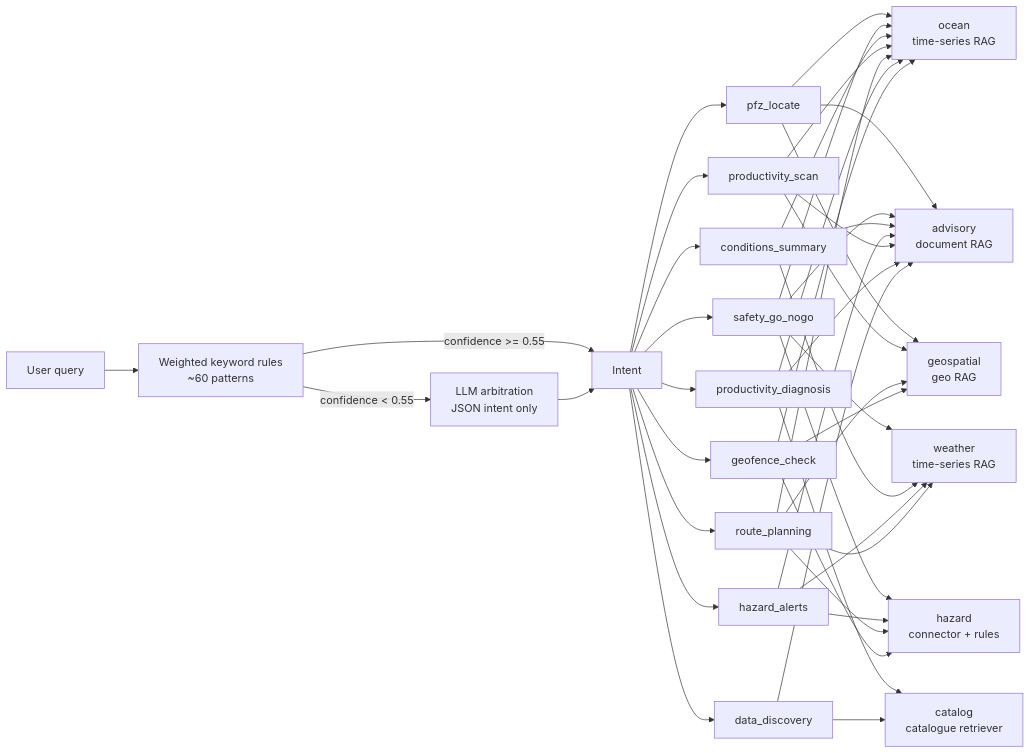
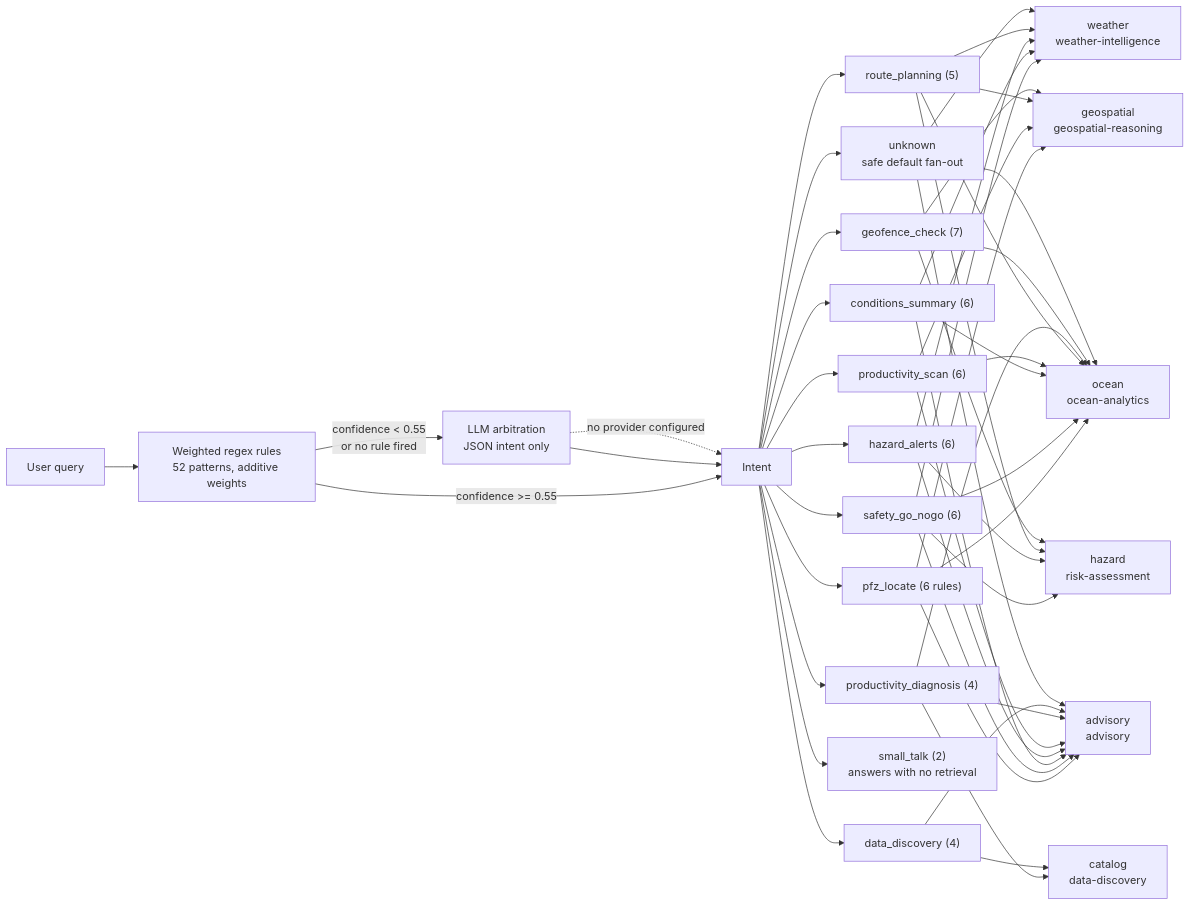
The third of 12 diagrams in docs/ARCHITECTURE.md (mithun50/ORCA), drawn with Mermaid before and after one commit. The commit also changed other lines of this file and 27 other files, not shown here.

````diff
--- a/docs/ARCHITECTURE.md
+++ b/docs/ARCHITECTURE.md
@@ -129,34 +184,38 @@
 ```mermaid
 flowchart LR
-    Q["User query"] --> LEX["Weighted keyword rules<br/>~60 patterns"]
+    Q["User query"] --> LEX["Weighted regex rules<br/>52 patterns, additive weights"]
     LEX -->|"confidence >= 0.55"| INT["Intent"]
-    LEX -->|"confidence < 0.55"| LLM["LLM arbitration<br/>JSON intent only"]
+    LEX -->|"confidence < 0.55<br/>or no rule fired"| LLM["LLM arbitration<br/>JSON intent only"]
     LLM --> INT
+    LLM -.->|"no provider configured"| INT
 
-    INT --> I1["pfz_locate"]
-    INT --> I2["safety_go_nogo"]
-    INT --> I3["conditions_summary"]
-    INT --> I4["hazard_alerts"]
-    INT --> I5["productivity_scan"]
-    INT --> I6["route_planning"]
-    INT --> I7["productivity_diagnosis"]
-    INT --> I8["geofence_check"]
-    INT --> I9["data_discovery"]
+    INT --> I1["pfz_locate (6 rules)"]
+    INT --> I2["safety_go_nogo (6)"]
+    INT --> I3["conditions_summary (6)"]
+    INT --> I4["hazard_alerts (6)"]
+    INT --> I5["productivity_scan (6)"]
+    INT --> I6["route_planning (5)"]
+    INT --> I7["productivity_diagnosis (4)"]
+    INT --> I8["geofence_check (7)"]
+    INT --> I9["data_discovery (4)"]
+    INT --> I10["small_talk (2)<br/>answers with no retrieval"]
+    INT --> I11["unknown<br/>safe default fan-out"]
 
     I1 --> D_OC & D_AD & D_GE
     I2 --> D_WE & D_OC & D_HA & D_AD
     I3 --> D_OC & D_WE & D_AD
     I4 --> D_HA & D_WE & D_AD
     I5 --> D_OC & D_GE & D_AD
     I6 --> D_WE & D_OC & D_GE & D_HA
     I7 --> D_OC & D_AD & D_CA
     I8 --> D_GE & D_HA & D_OC
     I9 --> D_CA & D_AD
+    I11 --> D_WE & D_OC & D_AD
 
-    D_OC["ocean<br/>time-series RAG"]
-    D_WE["weather<br/>time-series RAG"]
-    D_GE["geospatial<br/>geo RAG"]
-    D_HA["hazard<br/>connector + rules"]
-    D_AD["advisory<br/>document RAG"]
-    D_CA["catalog<br/>catalogue retriever"]
+    D_OC["ocean<br/>ocean-analytics"]
+    D_WE["weather<br/>weather-intelligence"]
+    D_GE["geospatial<br/>geospatial-reasoning"]
+    D_HA["hazard<br/>risk-assessment"]
+    D_AD["advisory<br/>advisory"]
+    D_CA["catalog<br/>data-discovery"]
 ```
````
